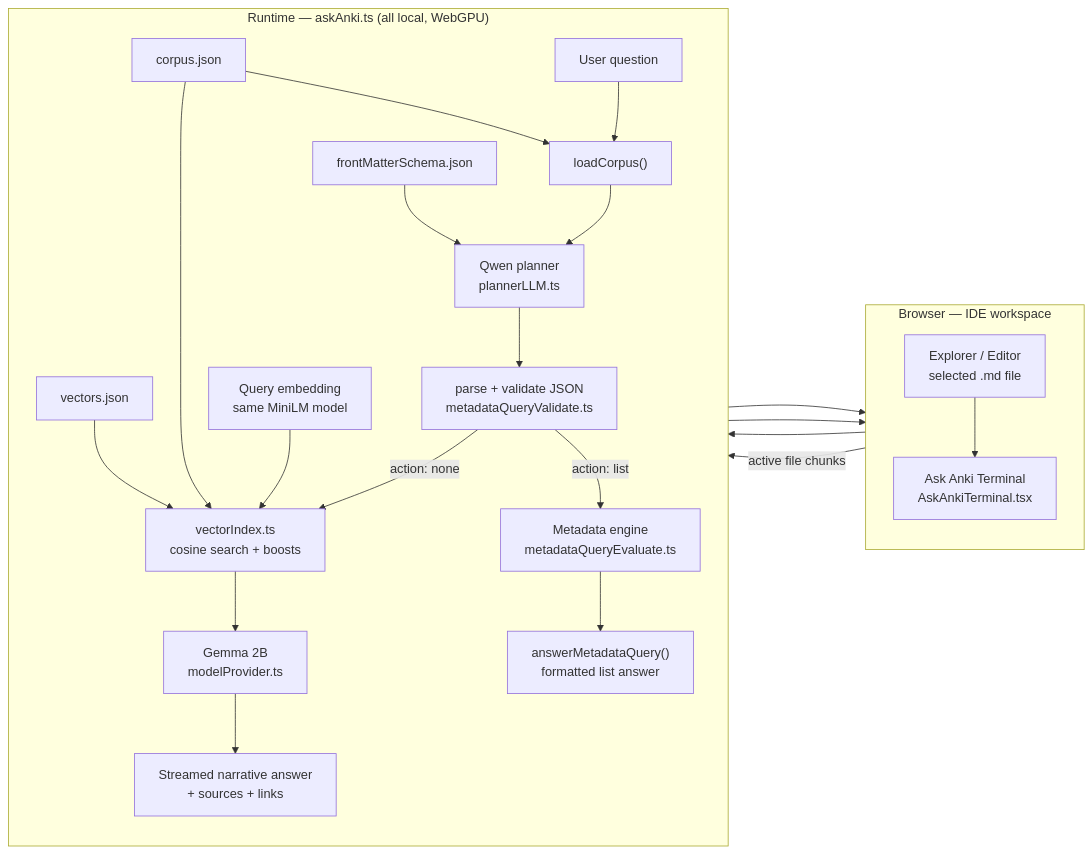
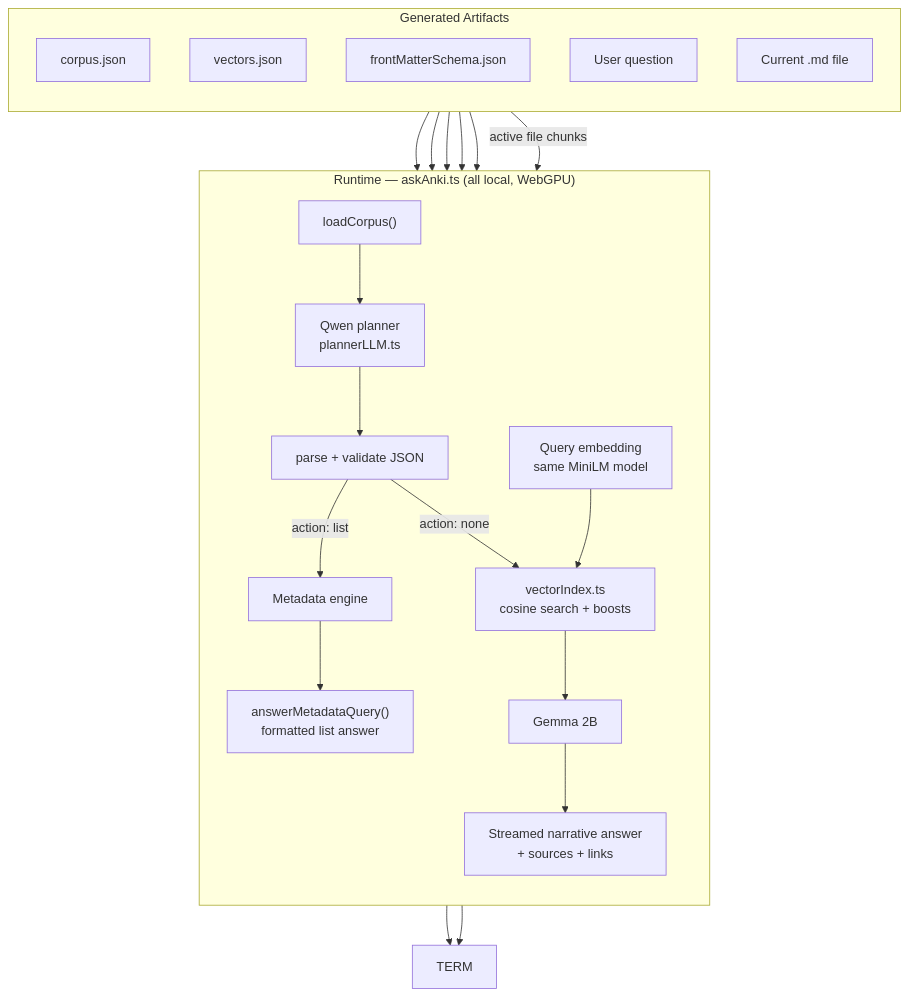
One commit to ankinelaturu/anki-fyi changed the second of 4 diagrams in docs/architecture.md. Above: the diagram before and after it, drawn with Mermaid. The commit also changed other lines of this file and 1 other file, not shown here.

Commit message:
Enhance PlannerEngineModeControl with improved UI elements and icon integration
- Updated the SharedSlotLabel and SeparateSlotLabel components to include icons for better visual representation.
- Refactored label structures to enhance layout and styling, ensuring a more intuitive user experience.
- Adjusted color tones for pressed states to improve accessibility and clarity in the UI.

This commit enriches the PlannerEngineModeControl's interface, making it more user-friendly and visually appealing.

````diff
--- a/docs/architecture.md
+++ b/docs/architecture.md
@@ -53,41 +53,41 @@
 ```mermaid
-flowchart LR
-  subgraph UI["Browser — IDE workspace"]
-    direction TB
-    EXPLORER["Explorer / Editor<br/>selected .md file"]
-    TERM["Ask Anki Terminal<br/>AskAnkiTerminal.tsx"]
-    EXPLORER --> TERM
-  end
-
-  subgraph RUNTIME["Runtime — askAnki.ts (all local, WebGPU)"]
+flowchart TB
+  subgraph ARTIFACTS["Generated Artifacts"]
     direction TB
     CORPUS["corpus.json"]
     VECTORS["vectors.json"]
     SCHEMA["frontMatterSchema.json"]
     Q["User question"]
+    MDFILE["Current .md file"]
+  end
+
+  subgraph RUNTIME["Runtime — askAnki.ts (all local, WebGPU)"]
+    direction TB
     LOAD["loadCorpus()"]
     QWEN["Qwen planner<br/>plannerLLM.ts"]
-    VALID["parse + validate JSON<br/>metadataQueryValidate.ts"]
-    META["Metadata engine<br/>metadataQueryEvaluate.ts"]
+    VALID["parse + validate JSON"]
+    META["Metadata engine"]
     META_ANS["answerMetadataQuery()<br/>formatted list answer"]
     VIDX["vectorIndex.ts<br/>cosine search + boosts"]
     QUERY_EMB["Query embedding<br/>same MiniLM model"]
-    GEMMA["Gemma 2B<br/>modelProvider.ts"]
+    GEMMA["Gemma 2B"]
     RAG_ANS["Streamed narrative answer<br/>+ sources + links"]
 
-    CORPUS --> LOAD
-    CORPUS --> VIDX
-    VECTORS --> VIDX
-    SCHEMA --> QWEN
-    Q --> LOAD --> QWEN --> VALID
+    LOAD --> QWEN --> VALID
     VALID -->|action: list| META --> META_ANS
     VALID -->|action: none| VIDX
     QUERY_EMB --> VIDX
     VIDX --> GEMMA --> RAG_ANS
   end
 
-  TERM --> Q
+  
+  Q --> LOAD
+  CORPUS --> LOAD
+  CORPUS --> VIDX
+  VECTORS --> VIDX
+  SCHEMA --> QWEN
+
   META_ANS --> TERM
   RAG_ANS --> TERM
-  EXPLORER -->|active file chunks| GEMMA
+  MDFILE -->|active file chunks| GEMMA
 ```
````
